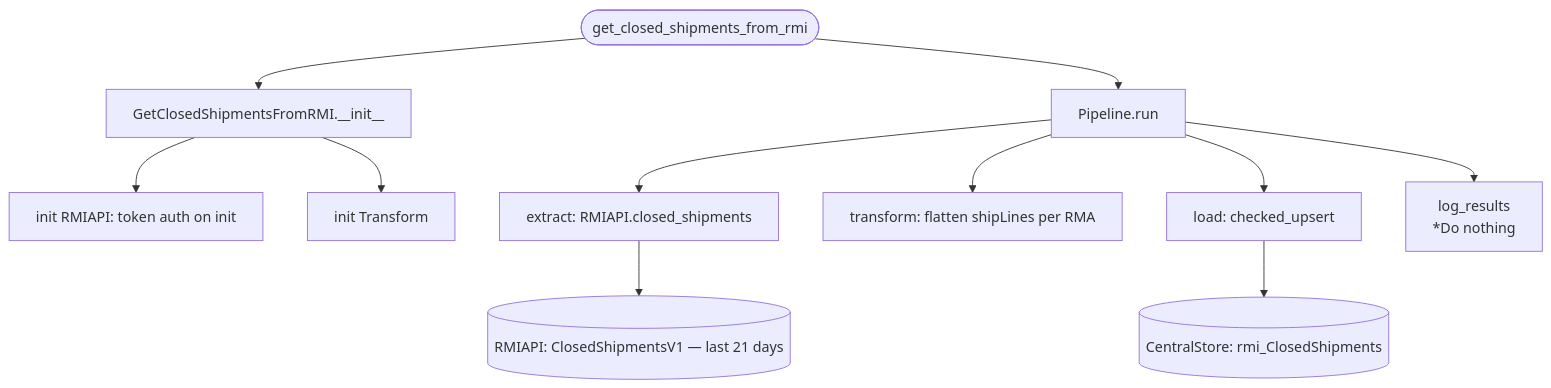
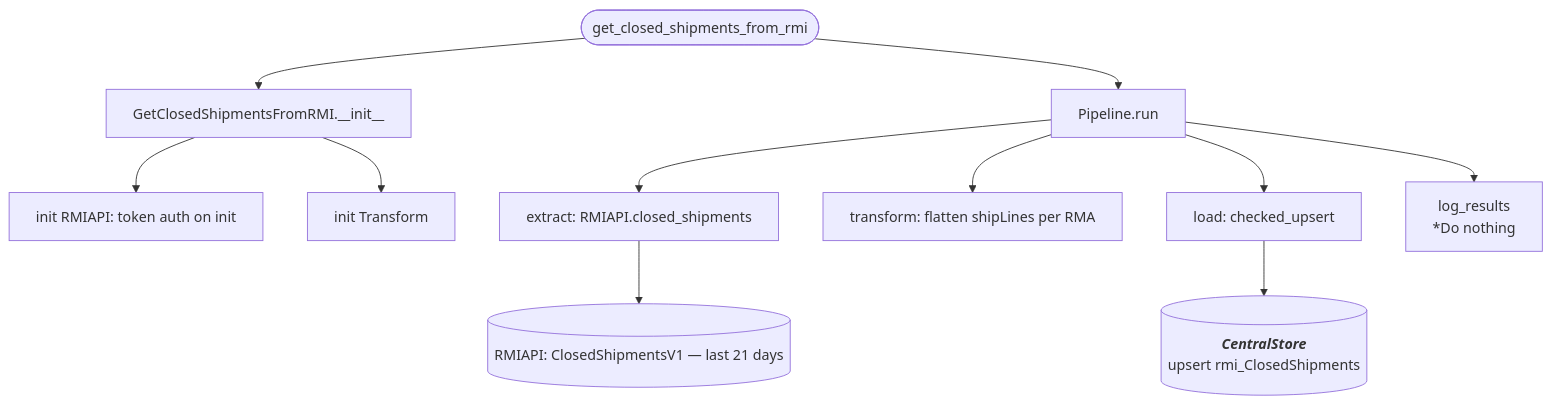
One commit to journeyhl/integration-platform changed the diagram in docs/pipelines/get_closed_shipments_from_rmi.md. Above: the diagram before and after it, drawn with Mermaid. The commit also changed 25 other files, not shown here.

````diff
--- a/docs/pipelines/get_closed_shipments_from_rmi.md
+++ b/docs/pipelines/get_closed_shipments_from_rmi.md
@@ -1,18 +1,21 @@
 ```mermaid
 %%{init: {"flowchart": {"wrappingWidth": 400}}}%%
 flowchart TD
     A([get_closed_shipments_from_rmi]) --> B[GetClosedShipmentsFromRMI.__init__]
     B --> B1[init RMIAPI: token auth on init]
     B --> B2[init Transform]
     A --> RUN[Pipeline.run]
 
     RUN --> EX[extract: RMIAPI.closed_shipments]
     EX --> D1[(RMIAPI: ClosedShipmentsV1 — last 21 days)]
 
     RUN --> TR[transform: flatten shipLines per RMA]
 
     RUN --> LD[load: checked_upsert]
-    LD --> CS1[(CentralStore: rmi_ClosedShipments)]
+    LD --> CS1[(
+        <b><i>CentralStore</i></b>
+        upsert rmi_ClosedShipments
+    )]
 
     RUN --> LR[log_results<br/>*Do nothing]
 ```
````
